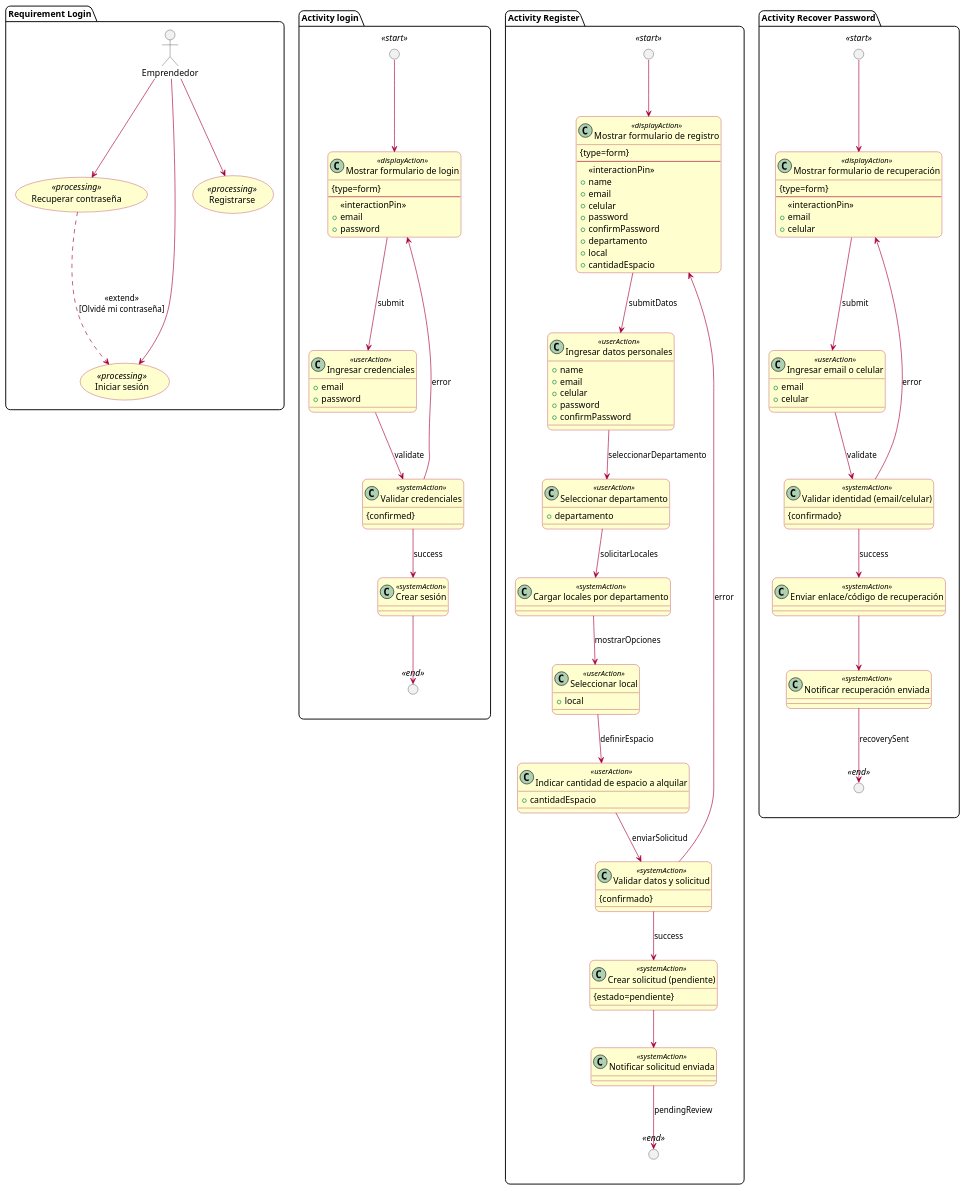
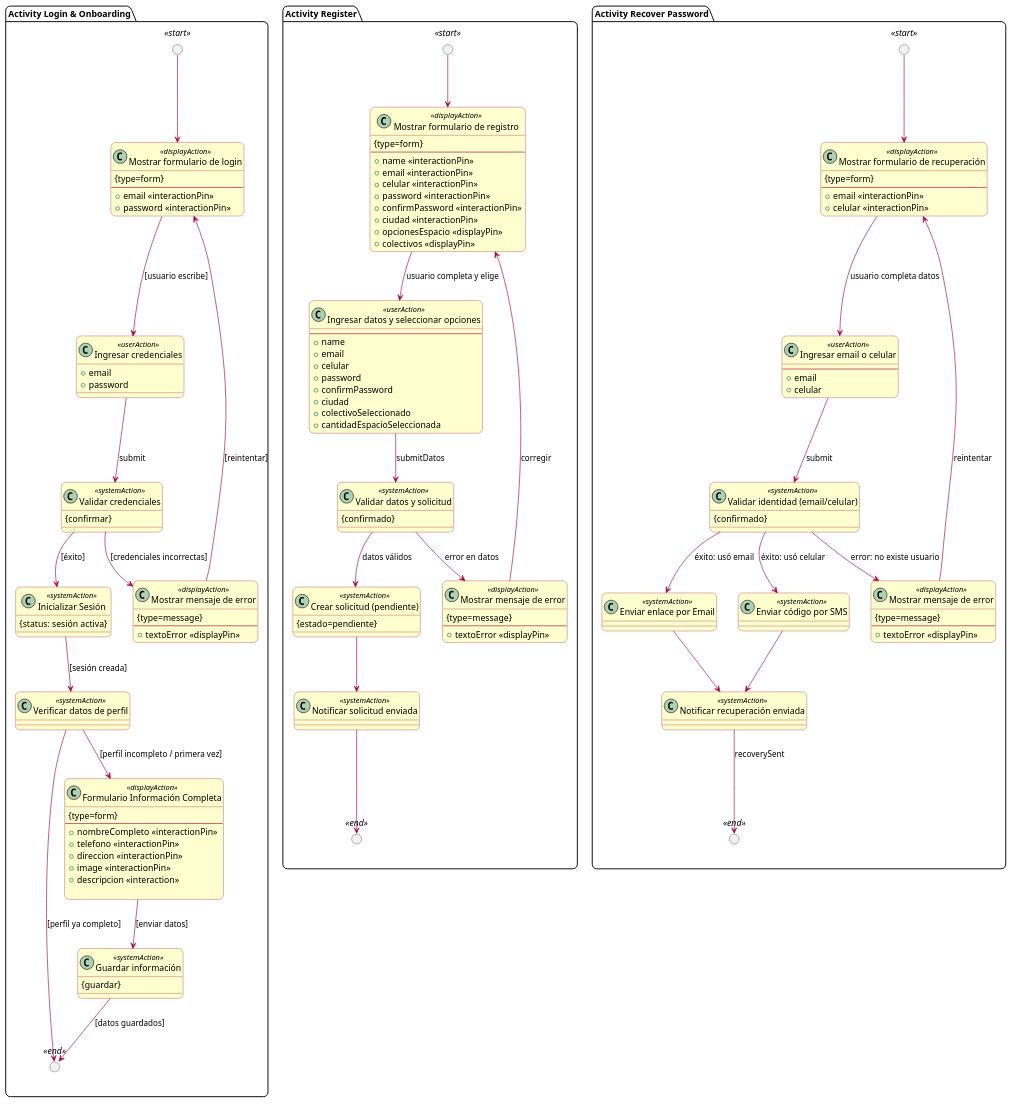
The diagram in Requirements Model/entrepeneur/login_requirements.puml (AtomicDevelopers/UWE-Tienda-Colectiva), drawn with PlantUML before and after one commit. The commit also changed 6 other files, not shown here.

```diff
--- a/Requirements Model/entrepeneur/login_requirements.puml
+++ b/Requirements Model/entrepeneur/login_requirements.puml
@@ -19,23 +19,8 @@
 
 
 
-package "Requirement Login" {
-  usecase "Recuperar contraseña" as Recover<<processing>>
-  usecase "Iniciar sesión" as Login<<processing>>
-  usecase "Registrarse" as Register<<processing>>
 
-  actor "Emprendedor" as Entrepenuer
-
-}
-
-Entrepenuer --> Login
-Entrepenuer --> Register
-Entrepenuer --> Recover
-Recover ..> Login : <<extend>>\n[Olvidé mi contraseña]
-
-
-
-package "Activity login"{
+package "Activity Login & Onboarding" {
 
   circle " " as AL_Start <<start>>
   circle " " as AL_End <<end>>
@@ -44,9 +29,8 @@
   class "Mostrar formulario de login" as AL_Form <<displayAction>> {
     {type=form}
     --
-    <<interactionPin>>
-    + email
-    + password
+    + email <<interactionPin>>
+    + password <<interactionPin>>
   }
 
   class "Ingresar credenciales" as AL_Input <<userAction>> {
@@ -55,24 +39,61 @@
   }
 
   class "Validar credenciales" as AL_Validate <<systemAction>> {
-    {confirmed}
+    {confirmar}
   }
 
-  class "Crear sesión" as AL_Session <<systemAction>>
+  class "Mostrar mensaje de error" as AL_ShowError <<displayAction>> {
+    {type=message}
+    --
+    + textoError <<displayPin>>
+  }
+
+  class "Inicializar Sesión" as AL_InitSession <<systemAction>> {
+    {status: sesión activa}
+  }
+
+  class "Verificar datos de perfil" as AL_CheckProfile <<systemAction>>
+
+  class "Formulario Información Completa" as AL_FullInfoForm <<displayAction>> {
+    {type=form}
+    --
+    + nombreCompleto <<interactionPin>>
+    + telefono <<interactionPin>>
+    + direccion <<interactionPin>>
+    + image <<interactionPin>>
+    + descripcion <<interaction>>
+
+  }
+
+  class "Guardar información" as AL_SaveInfo <<systemAction>>{
+    {guardar}
+  }
+
+  ' --- FLUJO PRINCIPAL ---
 
   AL_Start --> AL_Form
-  AL_Form --> AL_Input : submit
-  AL_Input --> AL_Validate : validate
+  AL_Form --> AL_Input : [usuario escribe]
+  AL_Input --> AL_Validate : submit
 
-  AL_Validate --> AL_Form : error
-  AL_Validate --> AL_Session : success
+  ' Manejo de error
+  AL_Validate --> AL_ShowError : [credenciales incorrectas]
+  AL_ShowError --> AL_Form : [reintentar]
 
-  AL_Session --> AL_End
+  ' Éxito y Verificación
+  AL_Validate --> AL_InitSession : [éxito]
+  AL_InitSession --> AL_CheckProfile : [sesión creada]
+  
+  ' Decisión de flujo único
+  AL_CheckProfile --> AL_End : [perfil ya completo]
+  
+  AL_CheckProfile --> AL_FullInfoForm : [perfil incompleto / primera vez]
+  AL_FullInfoForm --> AL_SaveInfo : [enviar datos]
+  AL_SaveInfo --> AL_End : [datos guardados]
 
 }
 
 package "Activity Register" {
- skinparam circleBackgroundColor black
+  skinparam circleBackgroundColor black
 
   circle " " as AR_Start <<start>>
   circle " " as AR_End <<end>>
@@ -80,41 +101,37 @@
   class "Mostrar formulario de registro" as AR_Form <<displayAction>> {
     {type=form}
     --
-    <<interactionPin>>
+    + name <<interactionPin>>
+    + email <<interactionPin>>
+    + celular <<interactionPin>>
+    + password <<interactionPin>>
+    + confirmPassword <<interactionPin>>
+    + ciudad <<interactionPin>>
+    ' Las listas que el sistema provee son displayPins
+    + opcionesEspacio <<displayPin>>
+    + colectivos <<displayPin>>
+  }
+
+  class "Ingresar datos y seleccionar opciones" as AR_Input <<userAction>> {
+    --
     + name
     + email
     + celular
     + password
     + confirmPassword
-    + departamento
-    + local
-    + cantidadEspacio
-  }
-
-  class "Ingresar datos personales" as AR_Input <<userAction>> {
-    + name
-    + email
-    + celular
-    + password
-    + confirmPassword
-  }
-
-  class "Seleccionar departamento" as AR_SelectDept <<userAction>> {
-    + departamento
-  }
-
-  class "Cargar locales por departamento" as AR_LoadLocals <<systemAction>>
-
-  class "Seleccionar local" as AR_SelectLocal <<userAction>> {
-    + local
-  }
-
-  class "Indicar cantidad de espacio a alquilar" as AR_SpaceQty <<userAction>> {
-    + cantidadEspacio
+    + ciudad
+    + colectivoSeleccionado
+    + cantidadEspacioSeleccionada
   }
 
   class "Validar datos y solicitud" as AR_Validate <<systemAction>> {
     {confirmado}
+  }
+
+  class "Mostrar mensaje de error" as AR_ShowError <<displayAction>> {
+    {type=message}
+    --
+    + textoError <<displayPin>>
   }
 
   class "Crear solicitud (pendiente)" as AR_CreateRequest <<systemAction>> {
@@ -123,22 +140,20 @@
 
   class "Notificar solicitud enviada" as AR_NotifyPending <<systemAction>>
 
+  ' Flujos del proceso
   AR_Start --> AR_Form
+  
+  AR_Form --> AR_Input : usuario completa y elige
+  AR_Input --> AR_Validate : submitDatos
 
-  AR_Form --> AR_Input : submitDatos
-  AR_Input --> AR_SelectDept : seleccionarDepartamento
-
-  AR_SelectDept --> AR_LoadLocals : solicitarLocales
-  AR_LoadLocals --> AR_SelectLocal : mostrarOpciones
-
-  AR_SelectLocal --> AR_SpaceQty : definirEspacio
-  AR_SpaceQty --> AR_Validate : enviarSolicitud
-
-  AR_Validate --> AR_Form : error
-  AR_Validate --> AR_CreateRequest : success
+  ' Lógica de decisión
+  AR_Validate --> AR_ShowError : error en datos
+  AR_ShowError --> AR_Form : corregir
+  
+  AR_Validate --> AR_CreateRequest : datos válidos
 
   AR_CreateRequest --> AR_NotifyPending
-  AR_NotifyPending --> AR_End : pendingReview
+  AR_NotifyPending --> AR_End
 }
 
 
@@ -152,12 +167,12 @@
   class "Mostrar formulario de recuperación" as AP_Form <<displayAction>> {
     {type=form}
     --
-    <<interactionPin>>
-    + email
-    + celular
+    + email <<interactionPin>>
+    + celular <<interactionPin>>
   }
 
   class "Ingresar email o celular" as AP_Input <<userAction>> {
+    --
     + email
     + celular
   }
@@ -166,21 +181,33 @@
     {confirmado}
   }
 
-  class "Enviar enlace/código de recuperación" as AP_Send <<systemAction>>
+  class "Mostrar mensaje de error" as AP_ShowError <<displayAction>> {
+    {type=message}
+    --
+    + textoError <<displayPin>>
+  }
+
+  class "Enviar enlace por Email" as AP_SendEmail <<systemAction>>
+  class "Enviar código por SMS" as AP_SendSMS <<systemAction>>
 
   class "Notificar recuperación enviada" as AP_Notify <<systemAction>>
 
+  ' Flujos con guardas de decisión directas (Estilo UWE)
   AP_Start --> AP_Form
-  AP_Form --> AP_Input : submit
+  AP_Form --> AP_Input : usuario completa datos
+  AP_Input --> AP_Validate : submit
 
-  AP_Input --> AP_Validate : validate
+  ' Error
+  AP_Validate --> AP_ShowError : error: no existe usuario
+  AP_ShowError --> AP_Form : reintentar
 
-  AP_Validate --> AP_Form : error
-  AP_Validate --> AP_Send : success
+  ' Éxito y Bifurcación de canal
+  AP_Validate --> AP_SendEmail : éxito: usó email
+  AP_Validate --> AP_SendSMS : éxito: usó celular
 
-  AP_Send --> AP_Notify
+  AP_SendEmail --> AP_Notify
+  AP_SendSMS --> AP_Notify
+  
   AP_Notify --> AP_End : recoverySent
 }
-
-
 @enduml
```
